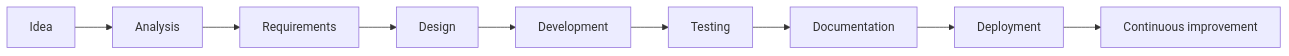
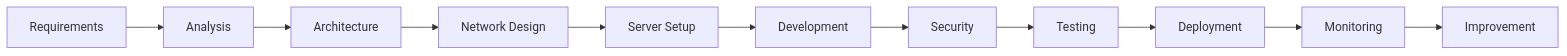
The fourth of 5 diagrams in README.md (Josepfazt/josepfazt), drawn with Mermaid before and after one commit. The commit also changed other lines of this file, not shown here.

````diff
--- a/README.md
+++ b/README.md
@@ -284,11 +734,13 @@
 ```mermaid
 flowchart LR
-    A[Idea] --> B[Analysis]
-    B --> C[Requirements]
-    C --> D[Design]
-    D --> E[Development]
-    E --> F[Testing]
-    F --> G[Documentation]
-    G --> H[Deployment]
-    H --> I[Continuous improvement]
+    A[Requirements] --> B[Analysis]
+    B --> C[Architecture]
+    C --> D[Network Design]
+    D --> E[Server Setup]
+    E --> F[Development]
+    F --> G[Security]
+    G --> H[Testing]
+    H --> I[Deployment]
+    I --> J[Monitoring]
+    J --> K[Improvement]
 ```
````
